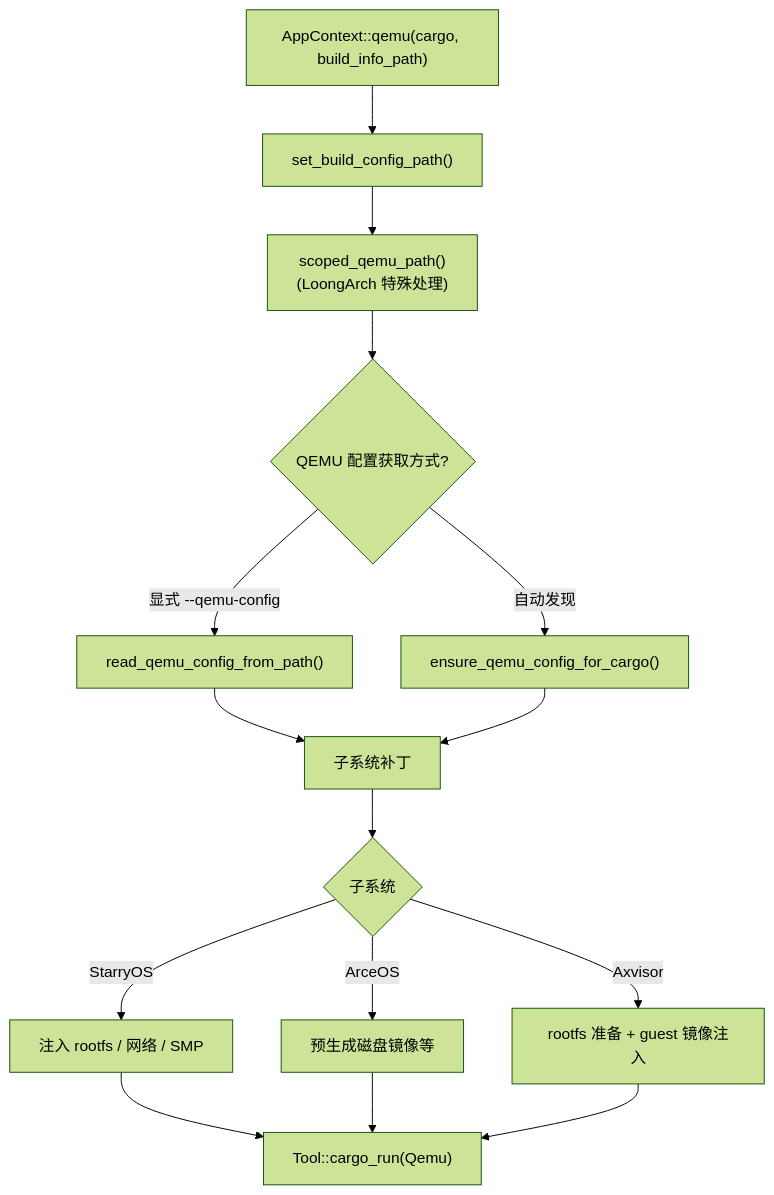
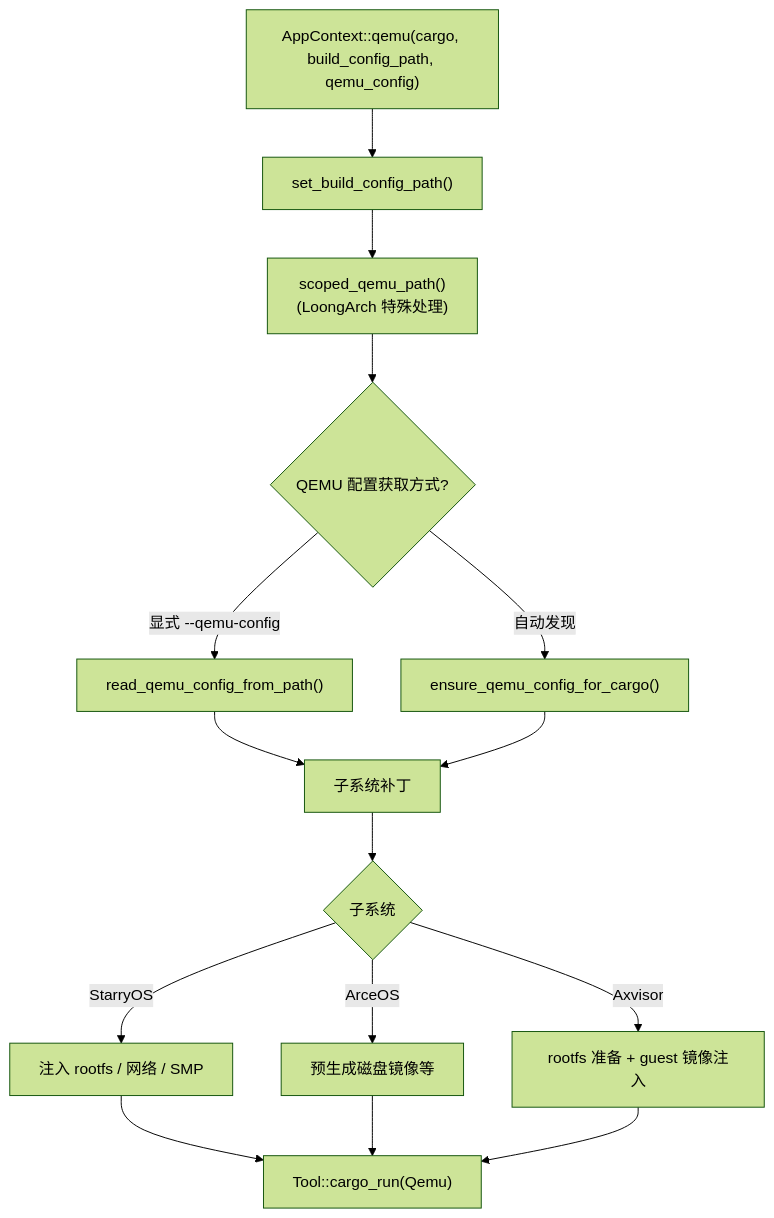
One commit to rcore-os/tgoskits changed the first of 3 diagrams in docs/docs/design/axbuild/run.md. Above: the diagram before and after it, drawn with Mermaid (forest theme). The commit also changed other lines of this file and 4 other files, not shown here.

````diff
--- a/docs/docs/design/axbuild/run.md
+++ b/docs/docs/design/axbuild/run.md
@@ -25,17 +26,17 @@
 ```mermaid
 flowchart TD
-    A["AppContext::qemu(cargo, build_info_path)"] --> B["set_build_config_path()"]
+    A["AppContext::qemu(cargo, build_config_path, qemu_config)"] --> B["set_build_config_path()"]
     B --> C["scoped_qemu_path()<br/>(LoongArch 特殊处理)"]
     C --> D{QEMU 配置获取方式?}
     D -->|显式 --qemu-config| E["read_qemu_config_from_path()"]
     D -->|自动发现| F["ensure_qemu_config_for_cargo()"]
     E --> G[子系统补丁]
     F --> G
     G --> H{子系统}
     H -->|StarryOS| I["注入 rootfs / 网络 / SMP"]
     H -->|ArceOS| J["预生成磁盘镜像等"]
     H -->|Axvisor| K["rootfs 准备 + guest 镜像注入"]
     I --> L["Tool::cargo_run(Qemu)"]
     J --> L
     K --> L
 ```
````
